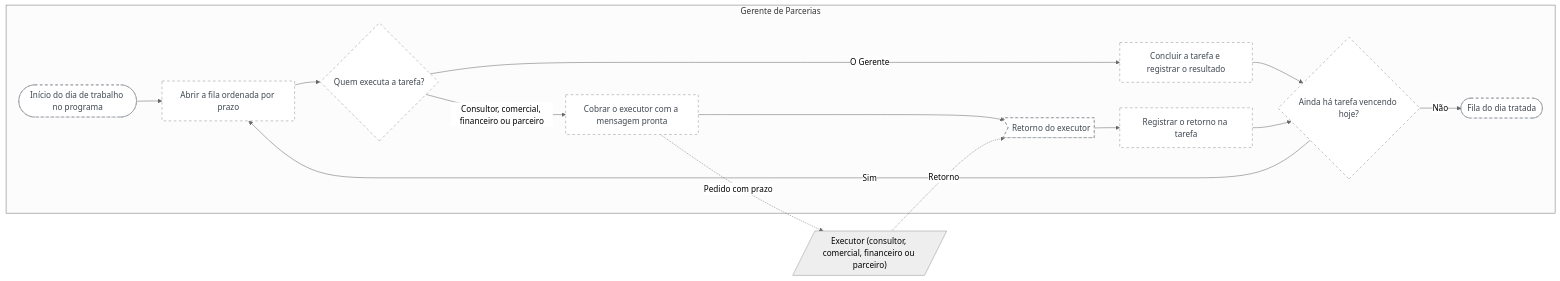
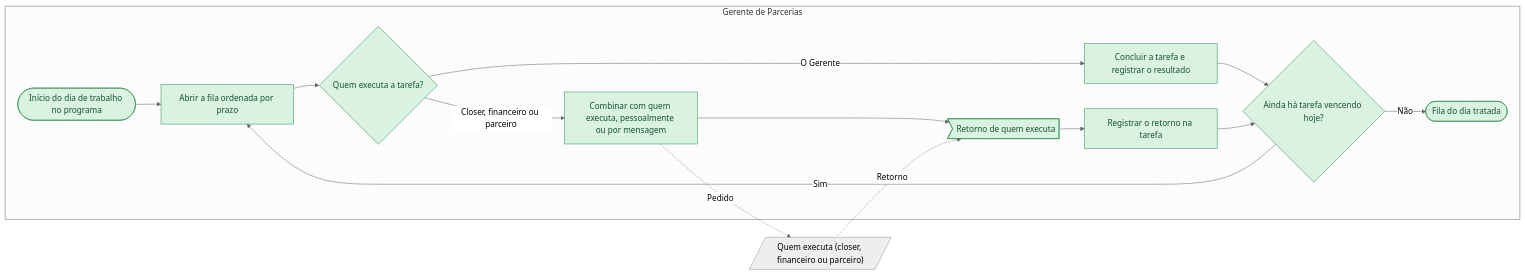
The diagram in mapeamentos/wise-partners-to-be/saidas/mermaid/fluxo-2-1-tratar-a-fila-diaria-de-excecoes.mmd (Guilherme-MFaccin/Wise-Partners), drawn with Mermaid (neutral theme) before and after one commit. The commit also changed 88 other files, not shown here.

```diff
--- a/mapeamentos/wise-partners-to-be/saidas/mermaid/fluxo-2-1-tratar-a-fila-diaria-de-excecoes.mmd
+++ b/mapeamentos/wise-partners-to-be/saidas/mermaid/fluxo-2-1-tratar-a-fila-diaria-de-excecoes.mmd
@@ -1,29 +1,29 @@
 flowchart LR
     classDef confirmado fill:#D9F2E1,stroke:#2F8F4E,color:#14532D
     classDef declarado fill:#FFF3C4,stroke:#B8860B,color:#5C4300
     classDef hipotese fill:#FFFFFF,stroke:#8A9099,color:#3F4650,stroke-dasharray: 5 5
     classDef contestado fill:#FDE2E1,stroke:#C53030,color:#7F1D1D
     subgraph raia_PA_01 ["Gerente de Parcerias"]
-      n_i1(["Início do dia de trabalho no programa"]):::hipotese
-      n_t1["Abrir a fila ordenada por prazo"]:::hipotese
-      n_g1{"Quem executa a tarefa?"}:::hipotese
-      n_t2["Concluir a tarefa e registrar o resultado"]:::hipotese
-      n_t3["Cobrar o executor com a mensagem pronta"]:::hipotese
-      n_e1>"Retorno do executor"]:::hipotese
-      n_t4["Registrar o retorno na tarefa"]:::hipotese
-      n_g2{"Ainda há tarefa vencendo hoje?"}:::hipotese
-      n_f1(["Fila do dia tratada"]):::hipotese
+      n_i1(["Início do dia de trabalho no programa"]):::confirmado
+      n_t1["Abrir a fila ordenada por prazo"]:::confirmado
+      n_g1{"Quem executa a tarefa?"}:::confirmado
+      n_t2["Concluir a tarefa e registrar o resultado"]:::confirmado
+      n_t3["Combinar com quem executa, pessoalmente ou por mensagem"]:::confirmado
+      n_e1>"Retorno de quem executa"]:::confirmado
+      n_t4["Registrar o retorno na tarefa"]:::confirmado
+      n_g2{"Ainda há tarefa vencendo hoje?"}:::confirmado
+      n_f1(["Fila do dia tratada"]):::confirmado
     end
-    ext_X1[/"Executor (consultor, comercial, financeiro ou parceiro)"/]
+    ext_X1[/"Quem executa (closer, financeiro ou parceiro)"/]
     n_i1 --> n_t1
     n_t1 --> n_g1
     n_g1 -->|O Gerente| n_t2
-    n_g1 -->|Consultor, comercial, financeiro ou parceiro| n_t3
+    n_g1 -->|Closer, financeiro ou parceiro| n_t3
     n_t3 --> n_e1
     n_e1 --> n_t4
     n_t2 --> n_g2
     n_t4 --> n_g2
     n_g2 -->|Sim| n_t1
     n_g2 -->|Não| n_f1
-    n_t3 -.->|Pedido com prazo| ext_X1
+    n_t3 -.->|Pedido| ext_X1
     ext_X1 -.->|Retorno| n_e1
```
